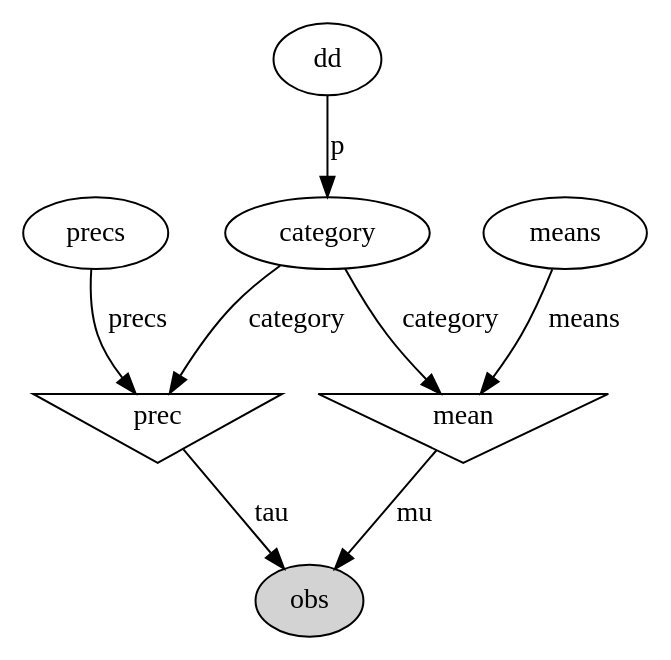
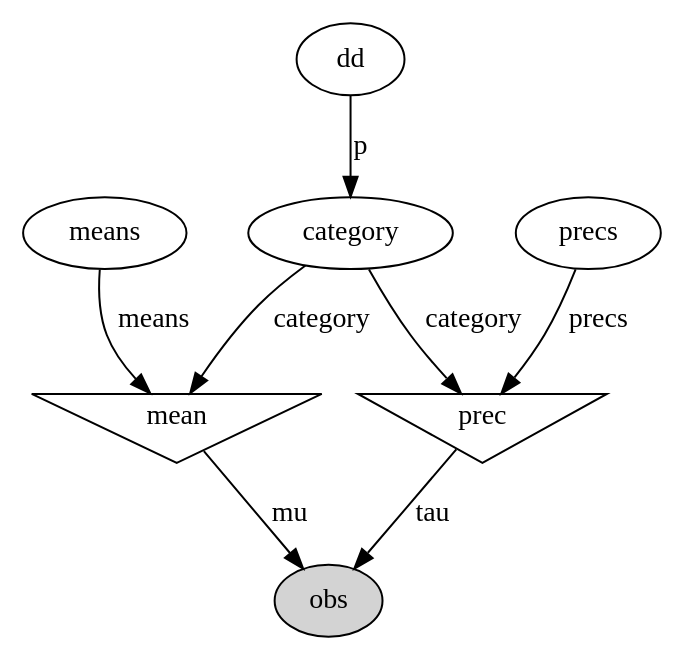
One commit to johnhw/summerschool2017 changed the diagram in static/container.dot. Above: the diagram before and after it, drawn with Graphviz. The commit also changed other lines of this file and 9 other files, not shown here.

```diff
--- a/static/container.dot
+++ b/static/container.dot
@@ -1,16 +1,16 @@
 digraph G {
-category;
 dd;
-dd -> category  [label=p];
 precs;
-means;
 obs [style=filled];
 mean [shape=invtriangle];
 mean -> obs  [label=mu];
+category;
 category -> mean  [label=category];
+dd -> category  [label=p];
+means;
 means -> mean  [label=means];
 prec [shape=invtriangle];
 prec -> obs  [label=tau];
 category -> prec  [label=category];
 precs -> prec  [label=precs];
 }
```
